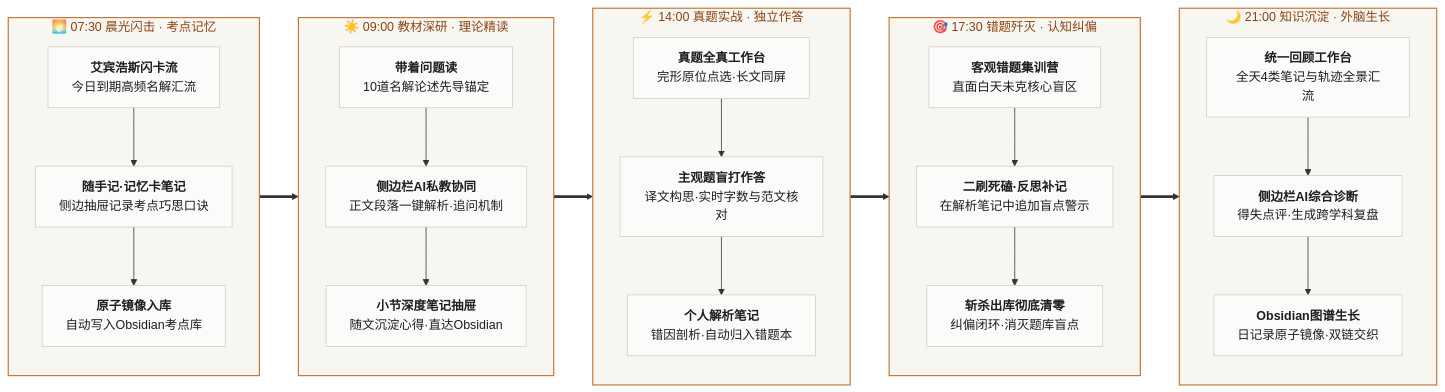
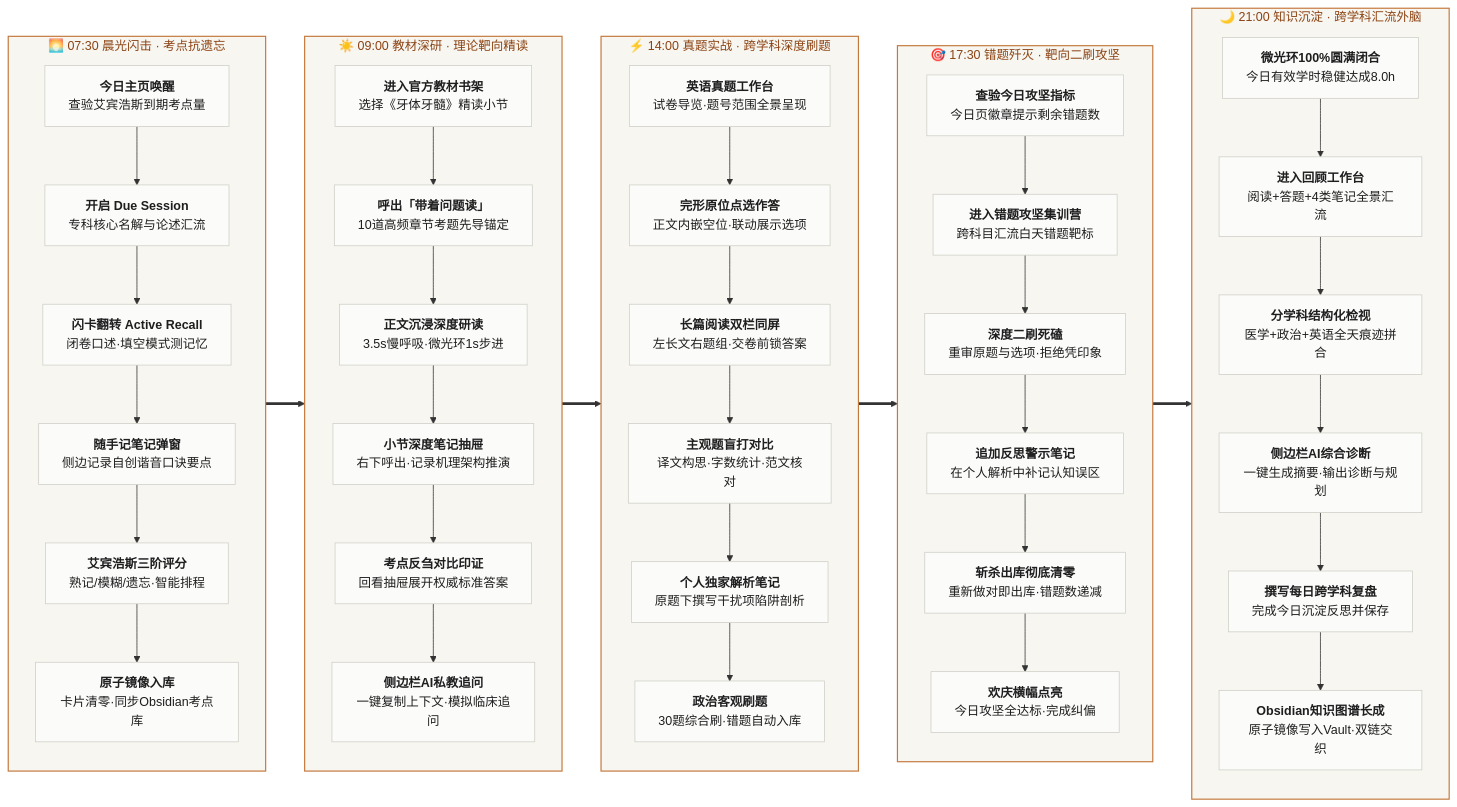
Before and after one commit to UniqueYu8988/YuReader: the diagram in README.md, drawn with Mermaid. The commit also changed other lines of this file, not shown here.

Commit message:
docs: expand cognitive flywheel to 6 granular operational steps per stage

````diff
--- a/README.md
+++ b/README.md
@@ -76,48 +76,63 @@
 ```mermaid
 flowchart LR
-    subgraph S1 ["🌅 07:30 晨光闪击 · 考点记忆"]
+    subgraph S1 ["🌅 07:30 晨光闪击 · 考点抗遗忘"]
         direction TB
-        A1["<b>艾宾浩斯闪卡流</b><br/>今日到期高频名解汇流"]
-        A2["<b>随手记·记忆卡笔记</b><br/>侧边抽屉记录考点巧思口诀"]
-        A3["<b>原子镜像入库</b><br/>自动写入Obsidian考点库"]
-        A1 --> A2 --> A3
+        A1["<b>今日主页唤醒</b><br/>查验艾宾浩斯到期考点量"]
+        A2["<b>开启 Due Session</b><br/>专科核心名解与论述汇流"]
+        A3["<b>闪卡翻转 Active Recall</b><br/>闭卷口述·填空模式测记忆"]
+        A4["<b>随手记笔记弹窗</b><br/>侧边记录自创谐音口诀要点"]
+        A5["<b>艾宾浩斯三阶评分</b><br/>熟记/模糊/遗忘·智能排程"]
+        A6["<b>原子镜像入库</b><br/>卡片清零·同步Obsidian考点库"]
+        A1 --> A2 --> A3 --> A4 --> A5 --> A6
     end
 
-    subgraph S2 ["☀️ 09:00 教材深研 · 理论精读"]
+    subgraph S2 ["☀️ 09:00 教材深研 · 理论靶向精读"]
         direction TB
-        B1["<b>带着问题读</b><br/>10道名解论述先导锚定"]
-        B2["<b>侧边栏AI私教协同</b><br/>正文段落一键解析·追问机制"]
-        B3["<b>小节深度笔记抽屉</b><br/>随文沉淀心得·直达Obsidian"]
-        B1 --> B2 --> B3
+        B1["<b>进入官方教材书架</b><br/>选择《牙体牙髓》精读小节"]
+        B2["<b>呼出「带着问题读」</b><br/>10道高频章节考题先导锚定"]
+        B3["<b>正文沉浸深度研读</b><br/>3.5s慢呼吸·微光环1s步进"]
+        B4["<b>小节深度笔记抽屉</b><br/>右下呼出·记录机理架构推演"]
+        B5["<b>考点反刍对比印证</b><br/>回看抽屉展开权威标准答案"]
+        B6["<b>侧边栏AI私教追问</b><br/>一键复制上下文·模拟临床追问"]
+        B1 --> B2 --> B3 --> B4 --> B5 --> B6
     end
 
-    subgraph S3 ["⚡ 14:00 真题实战 · 独立作答"]
+    subgraph S3 ["⚡ 14:00 真题实战 · 跨学科深度刷题"]
         direction TB
-        C1["<b>真题全真工作台</b><br/>完形原位点选·长文同屏"]
-        C2["<b>主观题盲打作答</b><br/>译文构思·实时字数与范文核对"]
-        C3["<b>个人解析笔记</b><br/>错因剖析·自动归入错题本"]
-        C1 --> C2 --> C3
+        C1["<b>英语真题工作台</b><br/>试卷导览·题号范围全景呈现"]
+        C2["<b>完形原位点选作答</b><br/>正文内嵌空位·联动展示选项"]
+        C3["<b>长篇阅读双栏同屏</b><br/>左长文右题组·交卷前锁答案"]
+        C4["<b>主观题盲打对比</b><br/>译文构思·字数统计·范文核对"]
+        C5["<b>个人独家解析笔记</b><br/>原题下撰写干扰项陷阱剖析"]
+        C6["<b>政治客观刷题</b><br/>30题综合刷·错题自动入库"]
+        C1 --> C2 --> C3 --> C4 --> C5 --> C6
     end
 
-    subgraph S4 ["🎯 17:30 错题歼灭 · 认知纠偏"]
+    subgraph S4 ["🎯 17:30 错题歼灭 · 靶向二刷攻坚"]
         direction TB
-        D1["<b>客观错题集训营</b><br/>直面白天未克核心盲区"]
-        D2["<b>二刷死磕·反思补记</b><br/>在解析笔记中追加盲点警示"]
-        D3["<b>斩杀出库彻底清零</b><br/>纠偏闭环·消灭题库盲点"]
-        D1 --> D2 --> D3
+        D1["<b>查验今日攻坚指标</b><br/>今日页徽章提示剩余错题数"]
+        D2["<b>进入错题攻坚集训营</b><br/>跨科目汇流白天错题靶标"]
+        D3["<b>深度二刷死磕</b><br/>重审原题与选项·拒绝凭印象"]
+        D4["<b>追加反思警示笔记</b><br/>在个人解析中补记认知误区"]
+        D5["<b>斩杀出库彻底清零</b><br/>重新做对即出库·错题数递减"]
+        D6["<b>欢庆横幅点亮</b><br/>今日攻坚全达标·完成纠偏"]
+        D1 --> D2 --> D3 --> D4 --> D5 --> D6
     end
 
-    subgraph S5 ["🌙 21:00 知识沉淀 · 外脑生长"]
+    subgraph S5 ["🌙 21:00 知识沉淀 · 跨学科汇流外脑"]
         direction TB
-        E1["<b>统一回顾工作台</b><br/>全天4类笔记与轨迹全景汇流"]
-        E2["<b>侧边栏AI综合诊断</b><br/>得失点评·生成跨学科复盘"]
-        E3["<b>Obsidian图谱生长</b><br/>日记录原子镜像·双链交织"]
-        E1 --> E2 --> E3
+        E1["<b>微光环100%圆满闭合</b><br/>今日有效学时稳健达成8.0h"]
+        E2["<b>进入回顾工作台</b><br/>阅读+答题+4类笔记全景汇流"]
+        E3["<b>分学科结构化检视</b><br/>医学+政治+英语全天痕迹拼合"]
+        E4["<b>侧边栏AI综合诊断</b><br/>一键生成摘要·输出诊断与规划"]
+        E5["<b>撰写每日跨学科复盘</b><br/>完成今日沉淀反思并保存"]
+        E6["<b>Obsidian知识图谱长成</b><br/>原子镜像写入Vault·双链交织"]
+        E1 --> E2 --> E3 --> E4 --> E5 --> E6
     end
 
     S1 ==> S2 ==> S3 ==> S4 ==> S5
 
     classDef default fill:#fbfbfa,stroke:#d0cfc7,stroke-width:1px,color:#1e1e1e;
     classDef stageStyle fill:#f7f6f0,stroke:#c4783c,stroke-width:1.5px,color:#8c4314;
     class S1,S2,S3,S4,S5 stageStyle;
 ```
````
